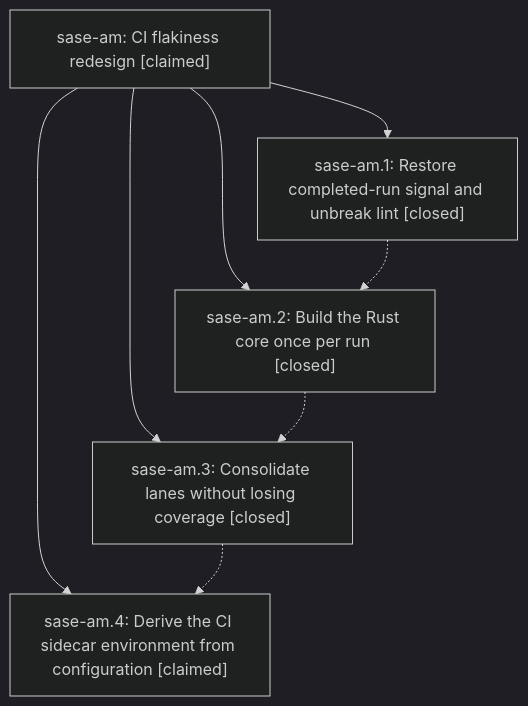
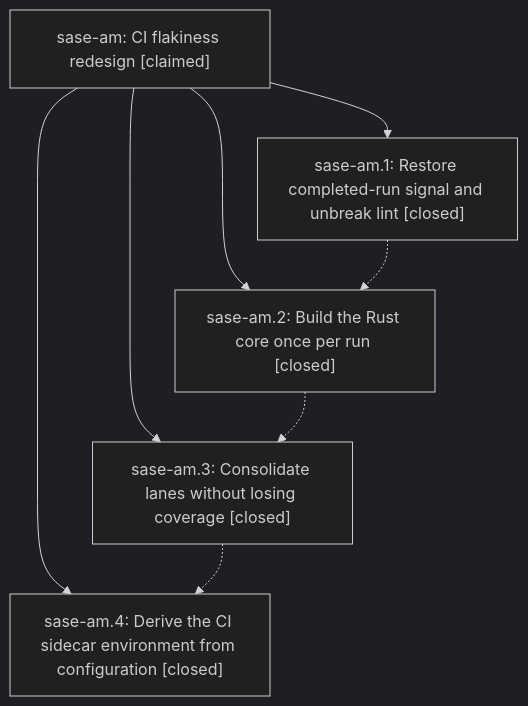
Before and after one commit to sase-org/sase--beads: the diagram in pages/sase-am/README.md, drawn with Mermaid (dark theme). The commit also changed other lines of this file and 2 other files, not shown here.

First line of the commit message:
chore(beads): sync bead state and pages for sase-am

````diff
--- a/pages/sase-am/README.md
+++ b/pages/sase-am/README.md
@@ -25,15 +25,15 @@
 ```mermaid
 flowchart TD
     n0["sase-am: CI flakiness redesign [claimed]"]
     n1["sase-am.1: Restore completed-run signal and unbreak lint [closed]"]
     n2["sase-am.2: Build the Rust core once per run [closed]"]
     n3["sase-am.3: Consolidate lanes without losing coverage [closed]"]
-    n4["sase-am.4: Derive the CI sidecar environment from configuration [claimed]"]
+    n4["sase-am.4: Derive the CI sidecar environment from configuration [closed]"]
     n0 --> n1
     n0 --> n2
     n0 --> n3
     n0 --> n4
     n1 -.-> n2
     n2 -.-> n3
     n3 -.-> n4
 ```
````
